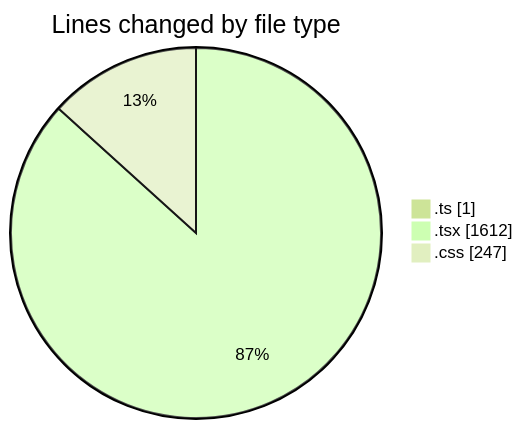
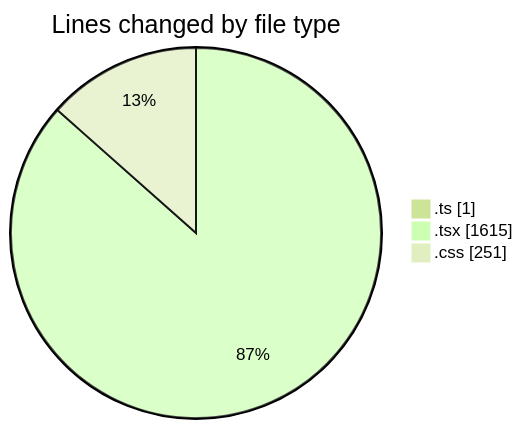
Before and after one commit to robertbonfada/code-tracking: the first of 2 diagrams in 2025-01-31/audiobooks-web/README.md, drawn with Mermaid (forest theme). The commit also changed other lines of this file and 1 other file, not shown here.

````diff
--- a/2025-01-31/audiobooks-web/README.md
+++ b/2025-01-31/audiobooks-web/README.md
@@ -34,7 +34,7 @@
 ```mermaid
 pie showData
 title Lines changed by file type
 ".ts" : 1
-".tsx" : 1612
-".css" : 247
+".tsx" : 1615
+".css" : 251
 ```
````
